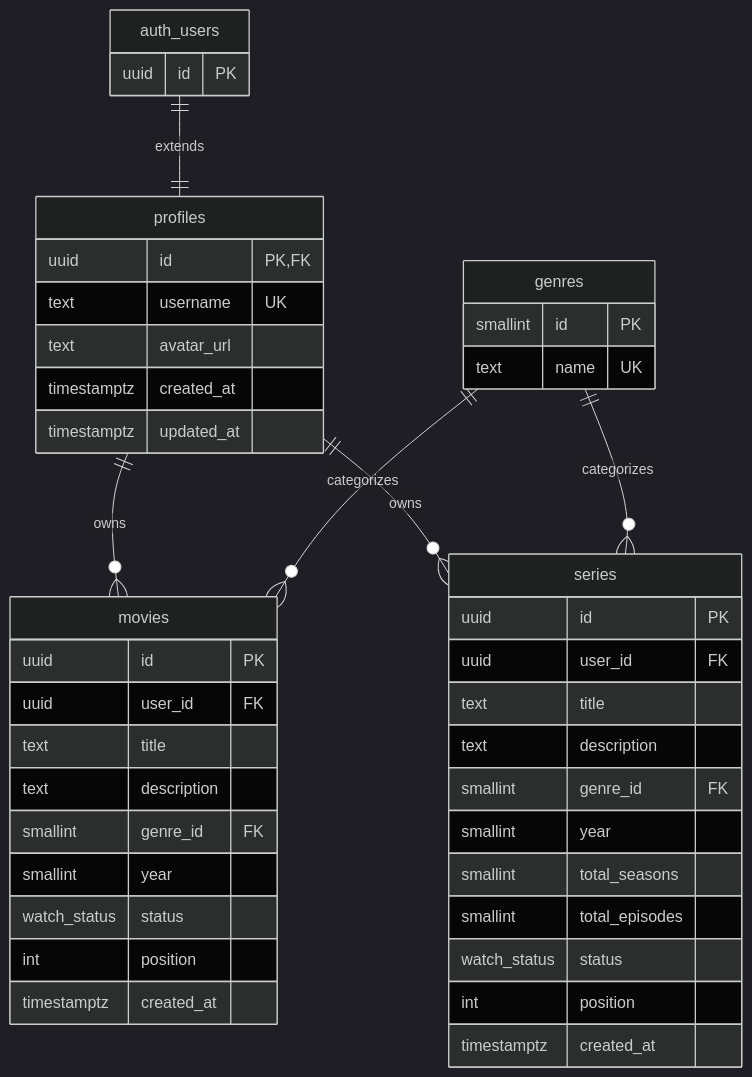
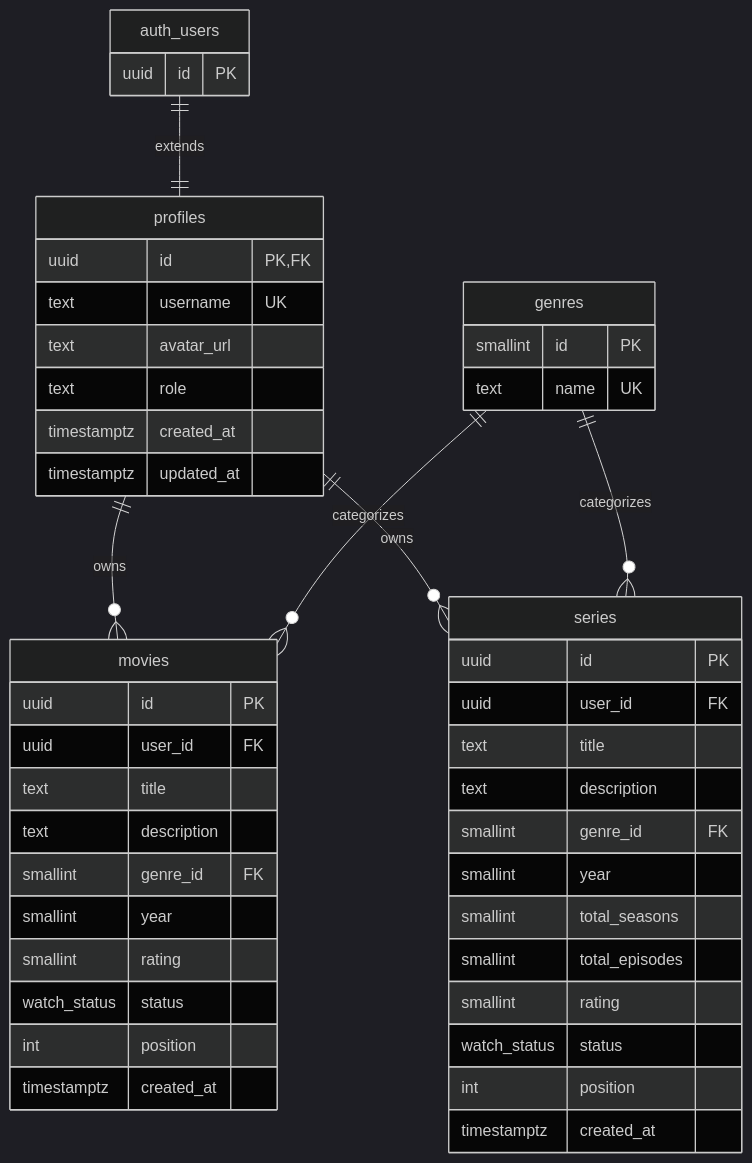
One commit to rgeshev/movie-watchlist changed the second of 2 diagrams in README.md. Above: the diagram before and after it, drawn with Mermaid (dark theme). The commit also changed other lines of this file, not shown here.

````diff
--- a/README.md
+++ b/README.md
@@ -95,51 +103,54 @@
 ```mermaid
 erDiagram
   auth_users ||--|| profiles : "extends"
   profiles ||--o{ movies : owns
   profiles ||--o{ series : owns
   genres ||--o{ movies : categorizes
   genres ||--o{ series : categorizes
 
   auth_users {
     uuid id PK
   }
 
   profiles {
     uuid id PK,FK
     text username UK
     text avatar_url
+    text role
     timestamptz created_at
     timestamptz updated_at
   }
 
   genres {
     smallint id PK
     text name UK
   }
 
   movies {
     uuid id PK
     uuid user_id FK
     text title
     text description
     smallint genre_id FK
     smallint year
+    smallint rating
     watch_status status
     int position
     timestamptz created_at
   }
 
   series {
     uuid id PK
     uuid user_id FK
     text title
     text description
     smallint genre_id FK
     smallint year
     smallint total_seasons
     smallint total_episodes
+    smallint rating
     watch_status status
     int position
     timestamptz created_at
   }
 ```
````
